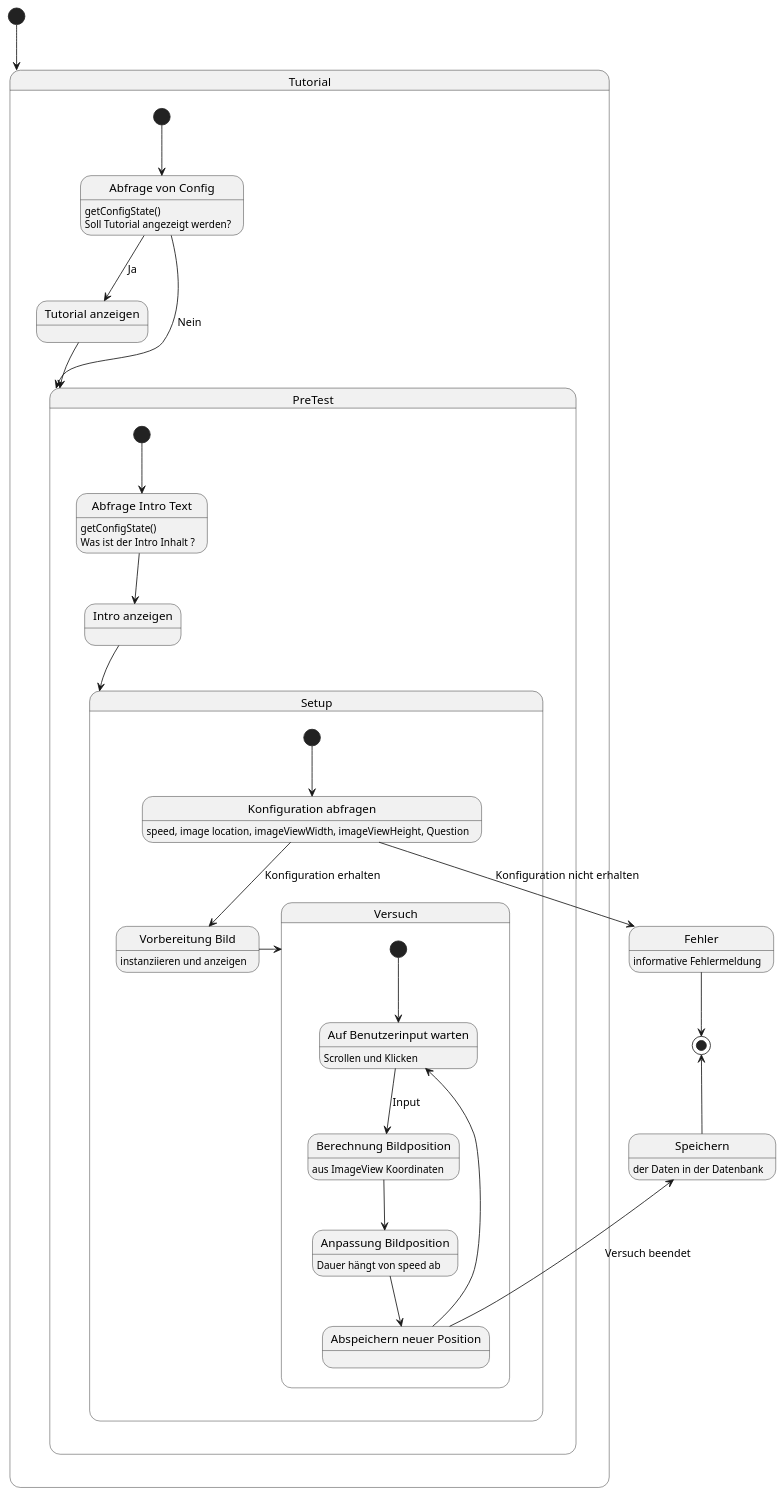
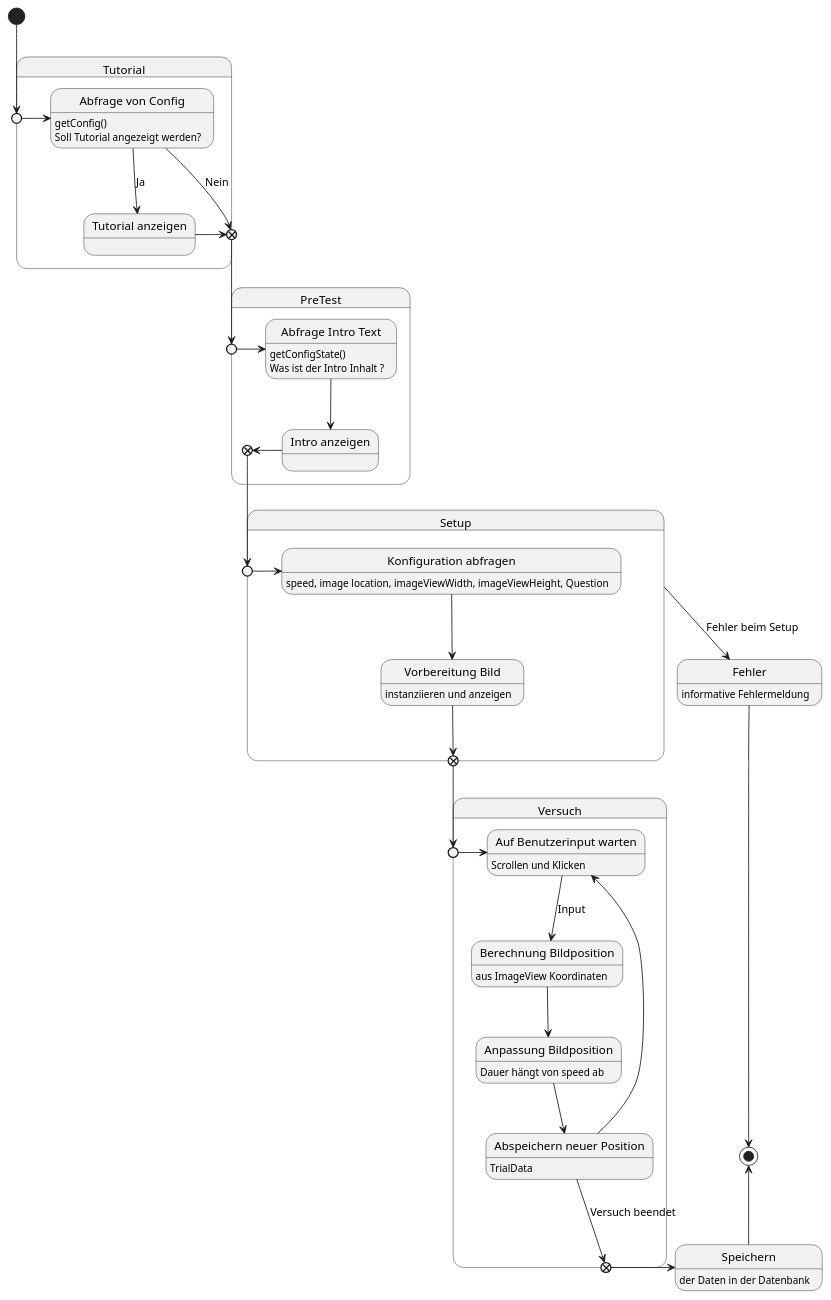
The diagram in uml-state/zoommaps/zustand-zoommaps.puml (weichware-10/dokumente), drawn with PlantUML before and after one commit.

Commit message:
[fix] zoommaps überarbeitung

```diff
--- a/uml-state/zoommaps/zustand-zoommaps.puml
+++ b/uml-state/zoommaps/zustand-zoommaps.puml
@@ -1,48 +1,63 @@
 @startuml zoommaps
 state "Fehler" as err : informative Fehlermeldung
 state Speichern : der Daten in der Datenbank
 
 state "Tutorial" as t {
-    state "Abfrage von Config" as ac : getConfigState()\nSoll Tutorial angezeigt werden?
+    state " " as tnp <<entryPoint>>
+    state " " as txp <<exitPoint>>
+    state "Abfrage von Config" as ac : getConfig()\nSoll Tutorial angezeigt werden?
     state "Tutorial anzeigen" as ta
-    [*] --> ac
+    tnp -l-> ac
     ac --> ta : Ja
-    ac --> p : Nein
-    ta --> p
+    ac --> txp : Nein
+    ta -r-> txp
 }
 
 state "PreTest" as p {
+    state " " as pnp <<entryPoint>>
+    state " " as pxp <<exitPoint>>
     state "Abfrage Intro Text" as it : getConfigState()\nWas ist der Intro Inhalt ?
     state "Intro anzeigen" as ia
-    [*] --> it
+    pnp -l-> it
     it --> ia
-    ia --> s
+    ia -r-> pxp
 }
 
 state "Setup" as s {
+    state " " as snp <<entryPoint>>
+    state " " as sxp <<exitPoint>>
     state "Konfiguration abfragen" as ka : speed, image location, imageViewWidth, imageViewHeight, Question
     state "Vorbereitung Bild" as vb : instanziieren und anzeigen
-    [*] --> ka
-    ka --> vb : Konfiguration erhalten
-    ka -d-> err : Konfiguration nicht erhalten
-    vb -l-> v
+    snp -l-> ka
+    ka --> vb
+    vb -d-> sxp
 }
 
+
 state "Versuch" as v {
+    state " " as vnp <<entryPoint>>
+    state " " as vxp <<exitPoint>>
     state "Auf Benutzerinput warten" as bi : Scrollen und Klicken
     state "Berechnung Bildposition" as bb : aus ImageView Koordinaten
     state "Anpassung Bildposition" as ab : Dauer hängt von speed ab
-    state "Abspeichern neuer Position" as ap
-    [*] --> bi
+    state "Abspeichern neuer Position" as ap : TrialData
+    vnp -l-> bi
     bi --> bb : Input
     bb --> ab
     ab --> ap
     ap --> bi
-    ap -u-> Speichern : Versuch beendet
+    ap -d-> vxp : Versuch beendet
 }
 
-[*] --> t
+s --> err : Fehler beim Setup
+[*] --> tnp
+
+txp --> pnp
+pxp --> snp
+sxp --> vnp
+vxp -r-> Speichern
+
 Speichern -u-> [*]
 err -d-> [*]
 
 @enduml
```
